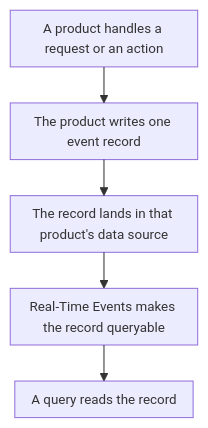
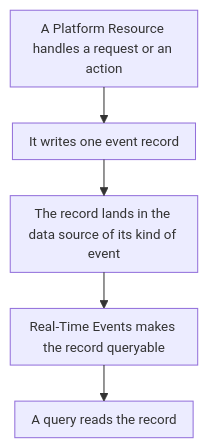
Before and after one commit to aziontech/docs: the first of 2 diagrams in apps/docs/src/content/docs/en/pages/observe/real-time-events/how-it-works.mdx, drawn with Mermaid. The commit also changed other lines of this file and 41 other files, not shown here.

````diff
--- a/apps/docs/src/content/docs/en/pages/observe/real-time-events/how-it-works.mdx
+++ b/apps/docs/src/content/docs/en/pages/observe/real-time-events/how-it-works.mdx
@@ -26,8 +26,8 @@
 ```mermaid
 %%{init: {"layout": "elk", "themeVariables": {"fontSize": "13px"}, "flowchart": {"nodeSpacing": 24, "rankSpacing": 36, "padding": 8, "wrappingWidth": 150, "useMaxWidth": true}, "sequence": {"width": 120, "actorMargin": 30, "useMaxWidth": true}}}%%
 flowchart TD
-  Act["A product handles a request or an action"] --> Write["The product writes one event record"]
-  Write --> Land["The record lands in that product's data source"]
+  Act["A Platform Resource handles a request or an action"] --> Write["It writes one event record"]
+  Write --> Land["The record lands in the data source of its kind of event"]
   Land --> Ready["Real-Time Events makes the record queryable"]
   Ready --> Read["A query reads the record"]
 ```
````
